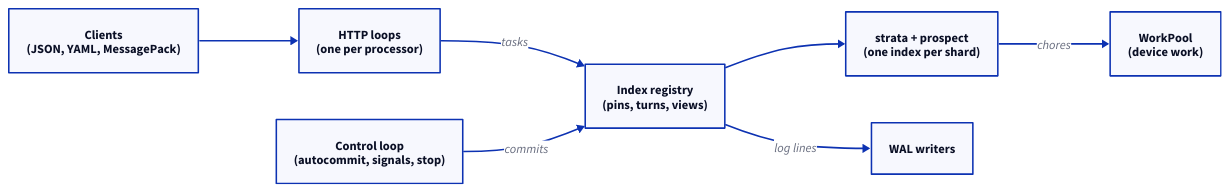
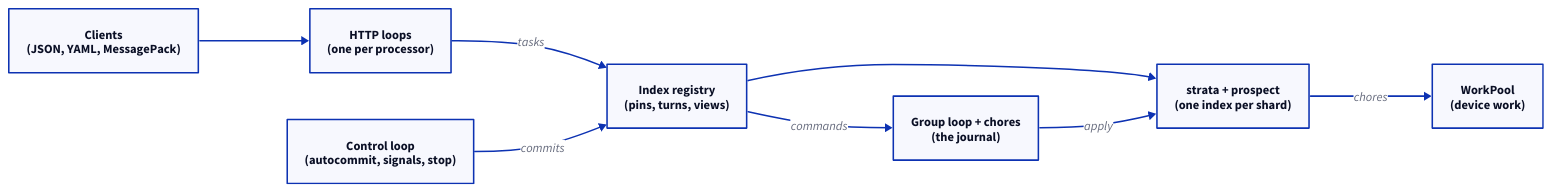
One commit to Kronuz/Xapiand changed the diagram in docs/src/content/docs/architecture.md. Above: the diagram before and after it, drawn with D2. The commit also changed other lines of this file and 18 other files, not shown here.

````diff
--- a/docs/src/content/docs/architecture.md
+++ b/docs/src/content/docs/architecture.md
@@ -21,16 +21,17 @@
-```d2 alt="Xapiand's process: clients reach the HTTP loops; their requests reach the index registry, which holds the strata indexes; device work runs on the work pool, log lines go to the WAL writers, and the control loop commits and stops the node"
+```d2 alt="Xapiand's process: clients reach the HTTP loops; their requests reach the index registry, which holds the strata indexes; device work runs on the work pool, writes go through the shards' groups to the journal, and the control loop commits and stops the node"
 direction: right
 Clients: "Clients\n(JSON, YAML, MessagePack)"
 HTTP: "HTTP loops\n(one per processor)"
 Registry: "Index registry\n(pins, turns, views)"
 Engine: "strata + prospect\n(one index per shard)"
 Pool: "WorkPool\n(device work)"
-WAL: "WAL writers"
+Groups: "Group loop + chores\n(the journal)"
 Control: "Control loop\n(autocommit, signals, stop)"
 Clients -> HTTP
 HTTP -> Registry: "tasks"
 Registry -> Engine
 Engine -> Pool: "chores"
-Registry -> WAL: "log lines"
+Registry -> Groups: "commands"
+Groups -> Engine: "apply"
 Control -> Registry: "commits"
 ```
````
